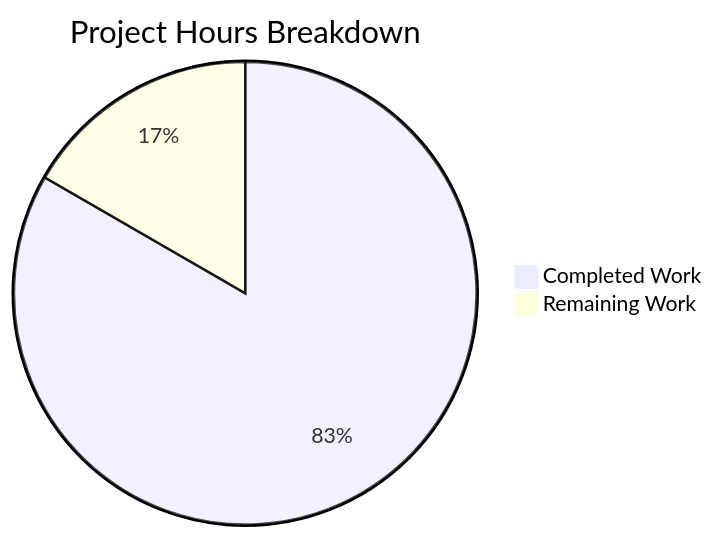
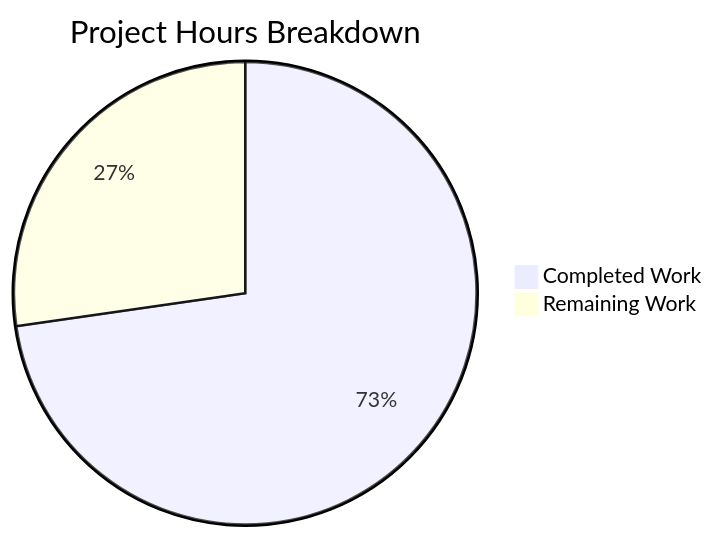
The diagram in blitzy/documentation/Project Guide.md (Sandeep04-git/02-ExistingProject-25-feb-new-repo), drawn with Mermaid before and after one commit. The commit also changed other lines of this file, not shown here.

Commit message:
Adding Blitzy Project Guide: Project Status and Human Tasks Remaining

````diff
--- a/blitzy/documentation/Project Guide.md
+++ b/blitzy/documentation/Project Guide.md
@@ -79,5 +126,5 @@
 ```mermaid
 pie title Project Hours Breakdown
-    "Completed Work" : 5
-    "Remaining Work" : 1
+    "Completed Work" : 8
+    "Remaining Work" : 3
 ```
````
